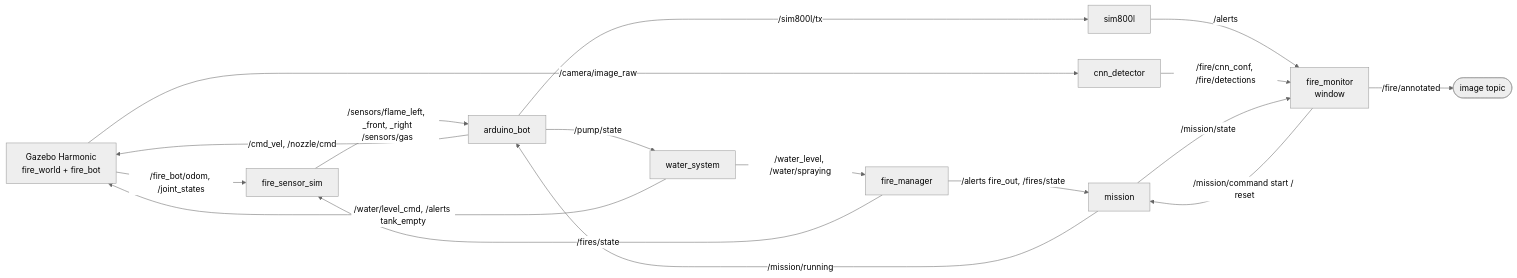
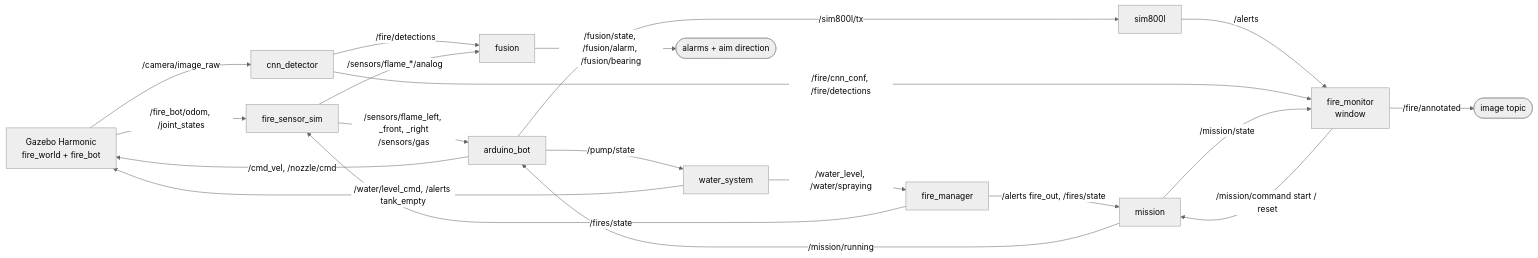
One commit to mrsssok2/ai_fire changed the second of 3 diagrams in README.md. Above: the diagram before and after it, drawn with Mermaid (neutral theme). The commit also changed other lines of this file and 24 other files, not shown here.

First line of the commit message:
ros2_sim: flame+CNN fusion with decoys, evaluations, non-blocking alert firmware

````diff
--- a/README.md
+++ b/README.md
@@ -141,28 +144,32 @@
 ```mermaid
 flowchart LR
   gz["Gazebo Harmonic<br/>fire_world + fire_bot"]
   fs["fire_sensor_sim"]
   ab["arduino_bot"]
   gsm["sim800l"]
   fm["fire_manager"]
   ws["water_system"]
   cd["cnn_detector"]
   mon["fire_monitor<br/>window"]
+  fu["fusion"]
   ms["mission"]
   gz -- "/fire_bot/odom, /joint_states" --> fs
   fm -- "/fires/state" --> fs
   fs -- "/sensors/flame_left, _front, _right<br/>/sensors/gas" --> ab
   ms -- "/mission/running" --> ab
   ab -- "/cmd_vel, /nozzle/cmd" --> gz
   ab -- "/pump/state" --> ws
   ab -- "/sim800l/tx" --> gsm
   gsm -- "/alerts" --> mon
   ws -- "/water_level, /water/spraying" --> fm
   ws -- "/water/level_cmd, /alerts tank_empty" --> gz
   fm -- "/alerts fire_out, /fires/state" --> ms
   gz -- "/camera/image_raw" --> cd
   cd -- "/fire/cnn_conf, /fire/detections" --> mon
+  cd -- "/fire/detections" --> fu
+  fs -- "/sensors/flame_*/analog" --> fu
+  fu -- "/fusion/state, /fusion/alarm, /fusion/bearing" --> out2(["alarms + aim direction"])
   mon -- "/fire/annotated" --> out(["image topic"])
   mon -- "/mission/command start / reset" --> ms
   ms -- "/mission/state" --> mon
 ```
````
